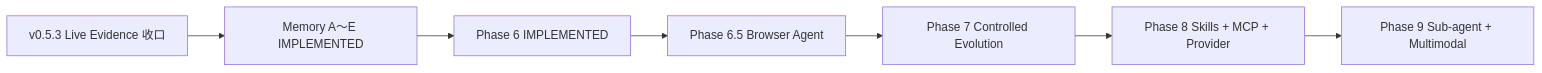
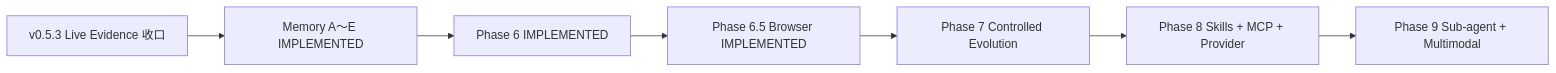
One commit to NEDONION/lobster0 changed the diagram in docs/engineering/20260809_development-timeline.md. Above: the diagram before and after it, drawn with Mermaid. The commit also changed other lines of this file and 17 other files, not shown here.

Commit message:
docs(phase6.5): 同步 Browser architecture 与 release evidence

````diff
--- a/docs/engineering/20260809_development-timeline.md
+++ b/docs/engineering/20260809_development-timeline.md
@@ -37,9 +38,9 @@
 ```mermaid
 flowchart LR
     P53["v0.5.3 Live Evidence 收口"] --> MA["Memory A～E IMPLEMENTED"]
     MA --> P6["Phase 6 IMPLEMENTED"]
-    P6 --> P65["Phase 6.5 Browser Agent"]
+    P6 --> P65["Phase 6.5 Browser IMPLEMENTED"]
     P65 --> P7["Phase 7 Controlled Evolution"]
     P7 --> P8["Phase 8 Skills + MCP + Provider"]
     P8 --> P9["Phase 9 Sub-agent + Multimodal"]
 ```
````
